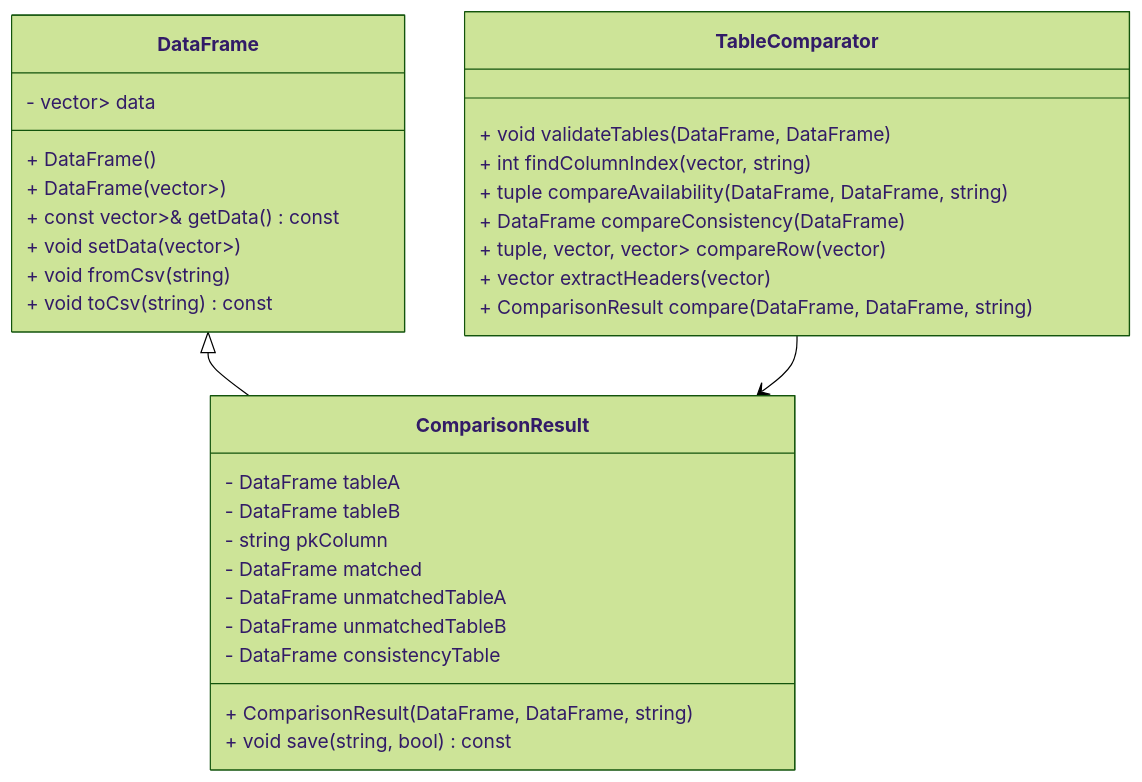
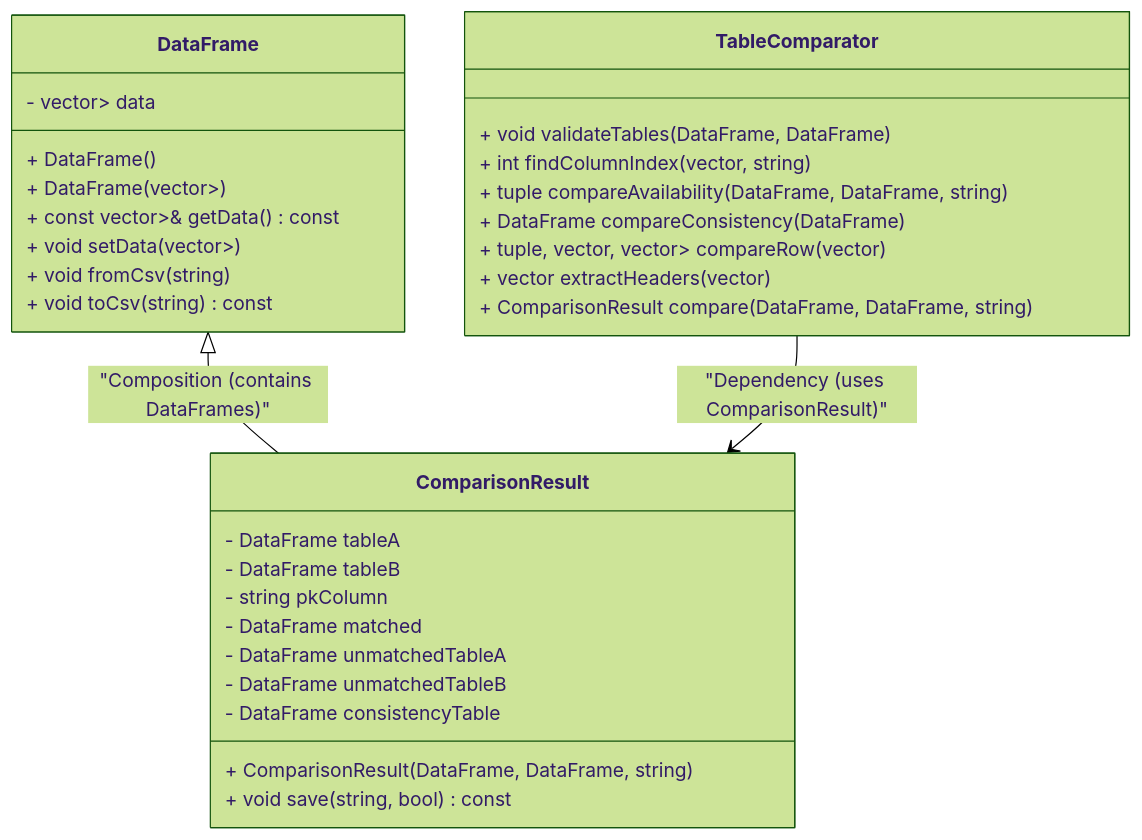
One commit to durczokj/table-comparator-cpp changed the second of 2 diagrams in README.md. Above: the diagram before and after it, drawn with Mermaid (forest theme).

````diff
--- a/README.md
+++ b/README.md
@@ -45,37 +45,38 @@
 ```mermaid
 classDiagram
     class DataFrame {
         - vector<vector<string>> data
         + DataFrame()
         + DataFrame(vector<vector<string>>)
         + const vector<vector<string>>& getData() const
         + void setData(vector<vector<string>>)
         + void fromCsv(string)
         + void toCsv(string) const
     }
 
     class ComparisonResult {
         - DataFrame tableA
         - DataFrame tableB
         - string pkColumn
         - DataFrame matched
         - DataFrame unmatchedTableA
         - DataFrame unmatchedTableB
         - DataFrame consistencyTable
         + ComparisonResult(DataFrame, DataFrame, string)
         + void save(string, bool) const
     }
 
     class TableComparator {
         + void validateTables(DataFrame, DataFrame)
         + int findColumnIndex(vector<string>, string)
         + tuple<DataFrame, DataFrame, DataFrame> compareAvailability(DataFrame, DataFrame, string)
         + DataFrame compareConsistency(DataFrame)
         + tuple<vector<string>, vector<string>, vector<string>> compareRow(vector<string>)
         + vector<string> extractHeaders(vector<string>)
         + ComparisonResult compare(DataFrame, DataFrame, string)
     }
 
-    DataFrame <|-- ComparisonResult
-    TableComparator --> ComparisonResult
+    %% Relationships
+    DataFrame <|-- ComparisonResult : "Composition (contains DataFrames)"
+    TableComparator --> ComparisonResult : "Dependency (uses ComparisonResult)"
 ```
````
